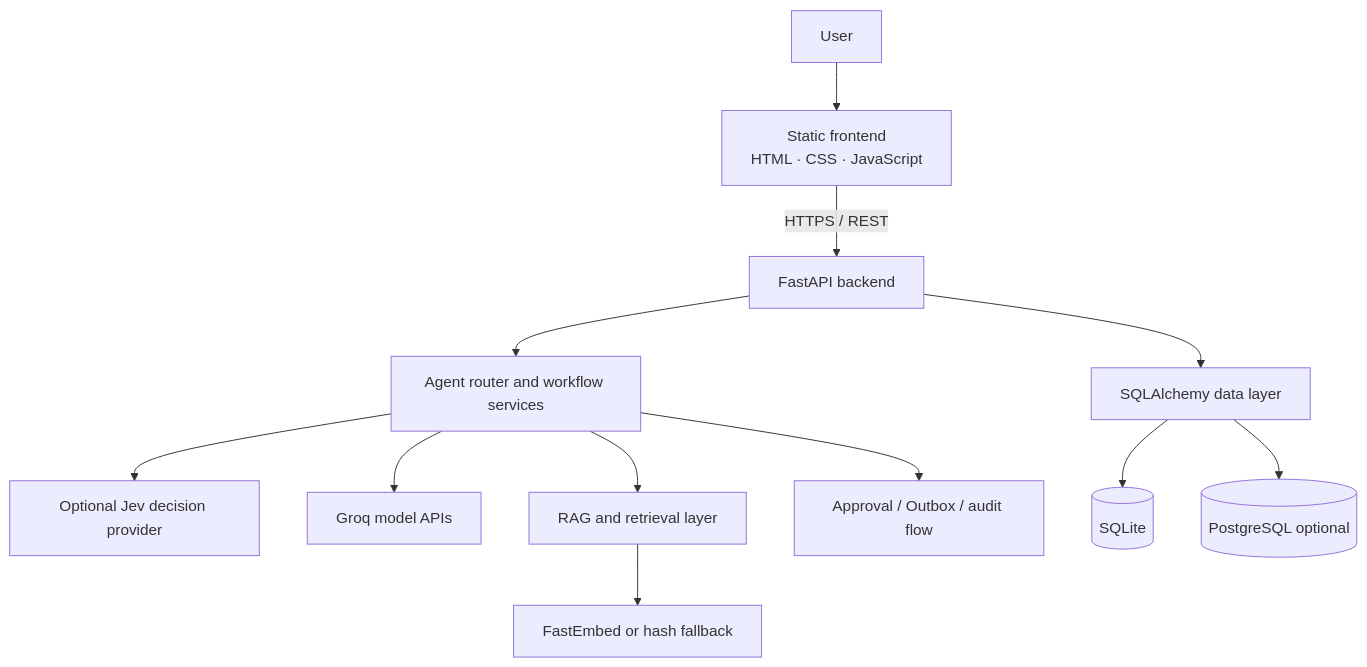
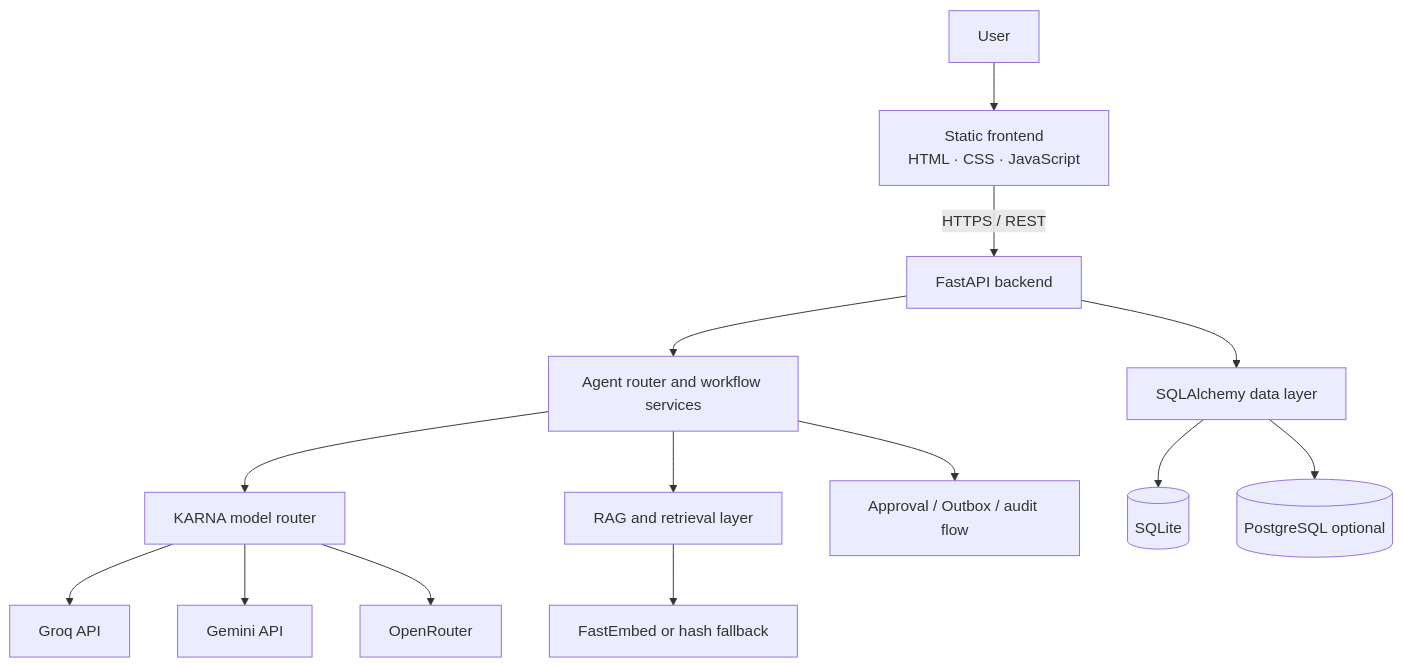
The diagram in README.md (tiru-venkatesh/opai), drawn with Mermaid before and after one commit. The commit also changed other lines of this file and 51 other files, not shown here.

Commit message:
feat: add privacy-aware KARNA provider routing

````diff
--- a/README.md
+++ b/README.md
@@ -90,14 +90,16 @@
 ```mermaid
 flowchart TD
     U[User] --> FE[Static frontend<br/>HTML · CSS · JavaScript]
     FE -->|HTTPS / REST| API[FastAPI backend]
     API --> AG[Agent router and workflow services]
-    AG --> JE[Optional Jev decision provider]
-    AG --> GROQ[Groq model APIs]
+    AG --> MR[KARNA model router]
+    MR --> GROQ[Groq API]
+    MR --> GEM[Gemini API]
+    MR --> OR[OpenRouter]
     AG --> RAG[RAG and retrieval layer]
     API --> DB[SQLAlchemy data layer]
     DB --> SQLITE[(SQLite)]
     DB --> PG[(PostgreSQL optional)]
     RAG --> EMB[FastEmbed or hash fallback]
     AG --> AP[Approval / Outbox / audit flow]
 ```
````
